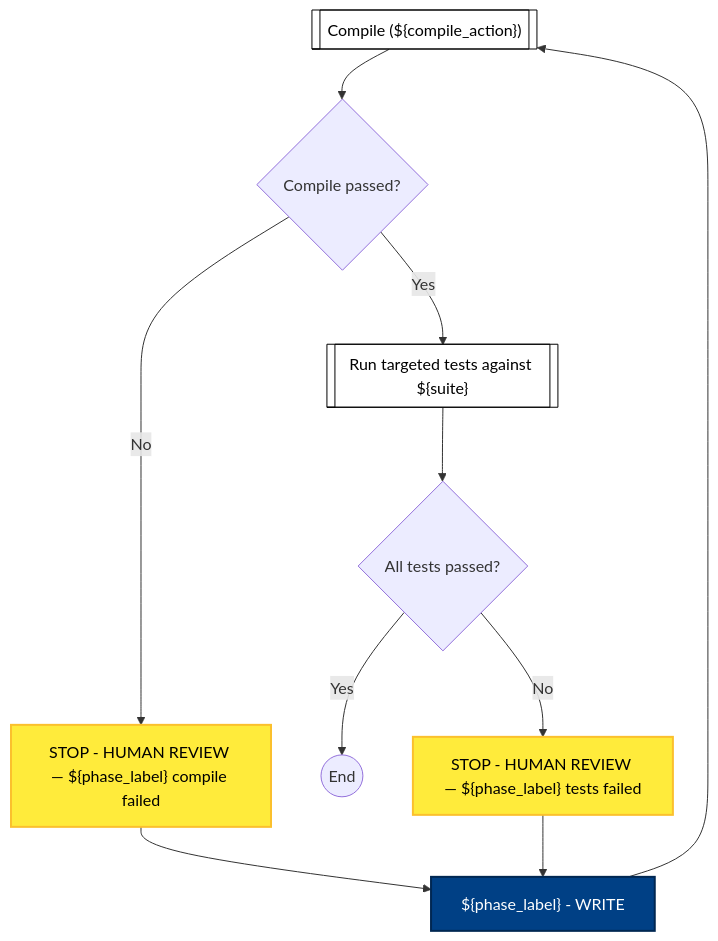
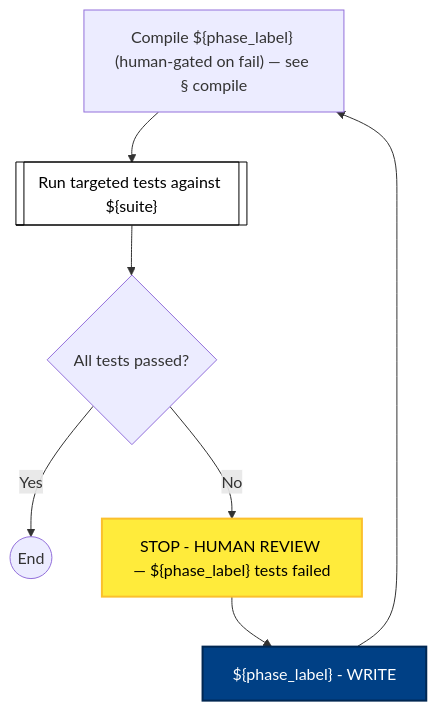
Diagram 15 of 17 in docs/process-diagram.md (optivem/gh-optivem), drawn with Mermaid before and after one commit. The commit also changed other lines of this file and 8 other files, not shown here.

Commit message:
atdd: regenerate process-flow diagram

````diff
--- a/docs/process-diagram.md
+++ b/docs/process-diagram.md
@@ -367,30 +386,25 @@
 ```mermaid
 flowchart TD
-    COMPILE[["Compile (${compile_action})"]]
-    GATE_COMPILE_OK{Compile passed?}
+    COMPILE["Compile ${phase_label} (human-gated on fail) — see § compile"]
     GATE_TESTS_PASS{All tests passed?}
     GREEN_END((End))
     RUN[["Run targeted tests against ${suite}"]]
-    STOP_GREEN_COMPILE_FAIL["STOP - HUMAN REVIEW — ${phase_label} compile failed"]
     STOP_GREEN_TEST_FAIL["STOP - HUMAN REVIEW — ${phase_label} tests failed"]
     WRITE["${phase_label} - WRITE"]
 
     WRITE --> COMPILE
-    COMPILE --> GATE_COMPILE_OK
-    GATE_COMPILE_OK -- No --> STOP_GREEN_COMPILE_FAIL
-    GATE_COMPILE_OK -- Yes --> RUN
-    STOP_GREEN_COMPILE_FAIL --> WRITE
+    COMPILE --> RUN
     RUN --> GATE_TESTS_PASS
     GATE_TESTS_PASS -- Yes --> GREEN_END
     GATE_TESTS_PASS -- No --> STOP_GREEN_TEST_FAIL
     STOP_GREEN_TEST_FAIL --> WRITE
 
     classDef serviceNode fill:#ffffff,stroke:#000000,stroke-width:1px,color:#000000
-    class COMPILE,RUN serviceNode
+    class RUN serviceNode
 
     classDef agentNode fill:#004085,stroke:#002752,stroke-width:2px,color:#ffffff
     class WRITE agentNode
 
     classDef humanNode fill:#ffeb3b,stroke:#fbc02d,stroke-width:2px,color:#000000
-    class STOP_GREEN_COMPILE_FAIL,STOP_GREEN_TEST_FAIL humanNode
+    class STOP_GREEN_TEST_FAIL humanNode
 ```
````
